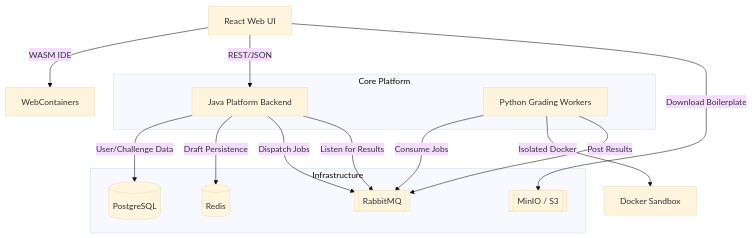
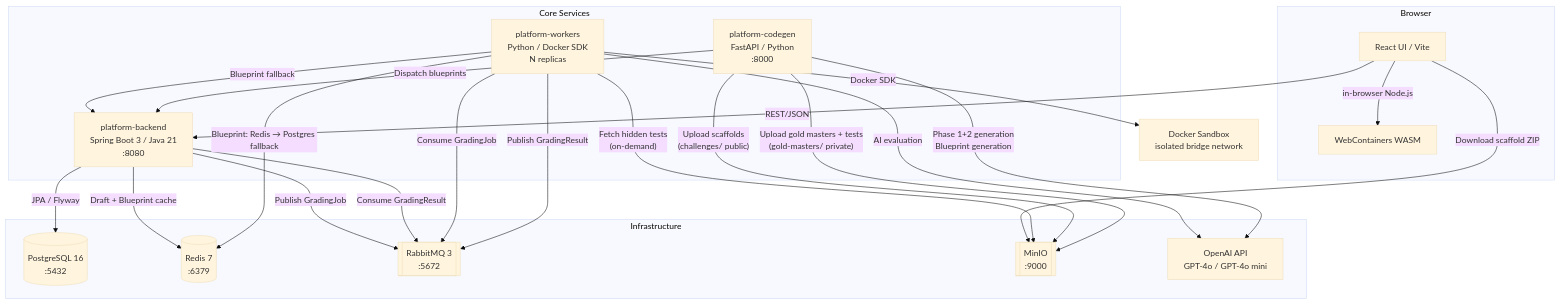
Before and after one commit to NaveenMN23/codevalidator: the diagram in ARCHITECTURE.md, drawn with Mermaid (base theme). The commit also changed other lines of this file and 16 other files, not shown here.

````diff
--- a/ARCHITECTURE.md
+++ b/ARCHITECTURE.md
@@ -7,32 +9,43 @@
 ```mermaid
 graph TD
-    %% Frontend
-    UI[React Web UI] -- "WASM IDE" --> WC[WebContainers]
-    UI -- "REST/JSON" --> Backend
-
-    %% Core Services
-    subgraph "Core Platform"
-        Backend[Java Platform Backend]
-        Workers[Python Grading Workers]
+    subgraph "Browser"
+        UI[React UI / Vite]
+        WC[WebContainers WASM]
+        UI -- "in-browser Node.js" --> WC
     end
 
-    %% Infrastructure
-    subgraph "Infrastructure"
-        DB[(PostgreSQL)]
-        Cache[(Redis)]
-        Queue[[RabbitMQ]]
-        Storage[[MinIO / S3]]
+    subgraph "Core Services"
+        Backend[platform-backend\nSpring Boot 3 / Java 21\n:8080]
+        Workers[platform-workers\nPython / Docker SDK\nN replicas]
+        CodeGen[platform-codegen\nFastAPI / Python\n:8000]
     end
 
-    %% Interactions
-    Backend -- "User/Challenge Data" --> DB
-    Backend -- "Draft Persistence" --> Cache
-    Backend -- "Dispatch Jobs" --> Queue
-    
-    Workers -- "Consume Jobs" --> Queue
-    Workers -- "Isolated Docker" --> Sandbox[Docker Sandbox]
-    Workers -- "Post Results" --> Queue
-    
-    Backend -- "Listen for Results" --> Queue
-    UI -- "Download Boilerplate" --> Storage
+    subgraph "Infrastructure"
+        DB[(PostgreSQL 16\n:5432)]
+        Cache[(Redis 7\n:6379)]
+        Queue[[RabbitMQ 3\n:5672]]
+        MinIO[[MinIO\n:9000]]
+        OpenAI[OpenAI API\nGPT-4o / GPT-4o mini]
+    end
+
+    UI -- "REST/JSON" --> Backend
+    UI -- "Download scaffold ZIP" --> MinIO
+
+    Backend -- "JPA / Flyway" --> DB
+    Backend -- "Draft + Blueprint cache" --> Cache
+    Backend -- "Publish GradingJob" --> Queue
+    Backend -- "Consume GradingResult" --> Queue
+
+    Workers -- "Consume GradingJob" --> Queue
+    Workers -- "Fetch hidden tests\n(on-demand)" --> MinIO
+    Workers -- "Blueprint: Redis → Postgres fallback" --> Cache
+    Workers -- "Blueprint fallback" --> Backend
+    Workers -- "Docker SDK" --> Sandbox[Docker Sandbox\nisolated bridge network]
+    Workers -- "AI evaluation" --> OpenAI
+    Workers -- "Publish GradingResult" --> Queue
+
+    CodeGen -- "Phase 1+2 generation\nBlueprint generation" --> OpenAI
+    CodeGen -- "Upload scaffolds\n(challenges/ public)" --> MinIO
+    CodeGen -- "Upload gold masters + tests\n(gold-masters/ private)" --> MinIO
+    CodeGen -- "Dispatch blueprints" --> Backend
 ```
````
